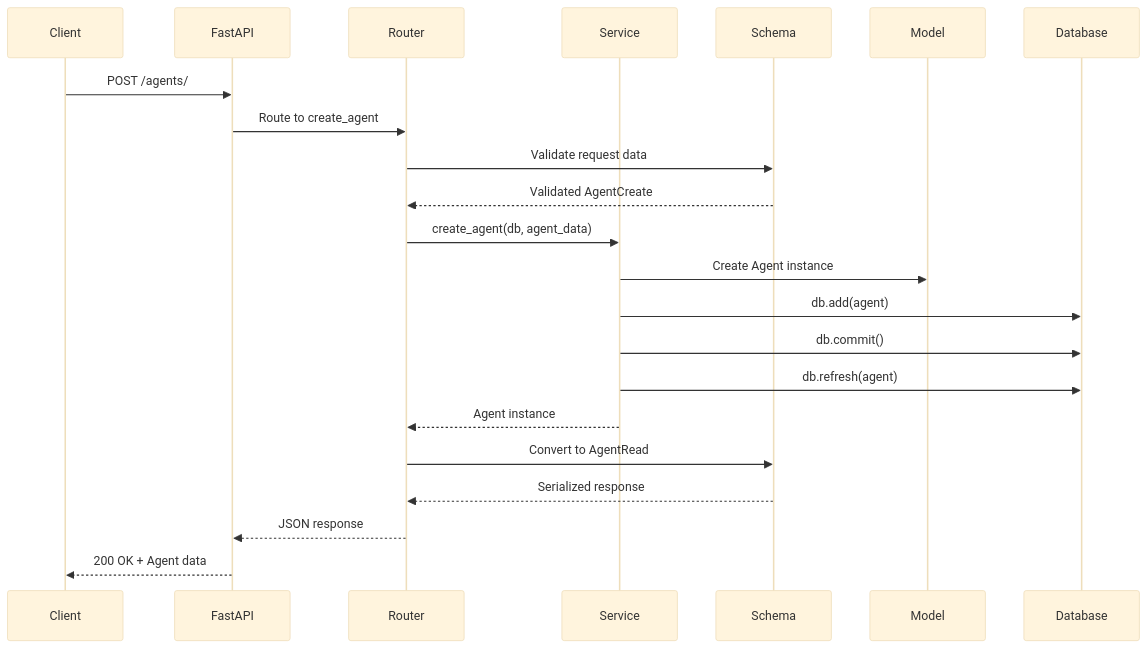
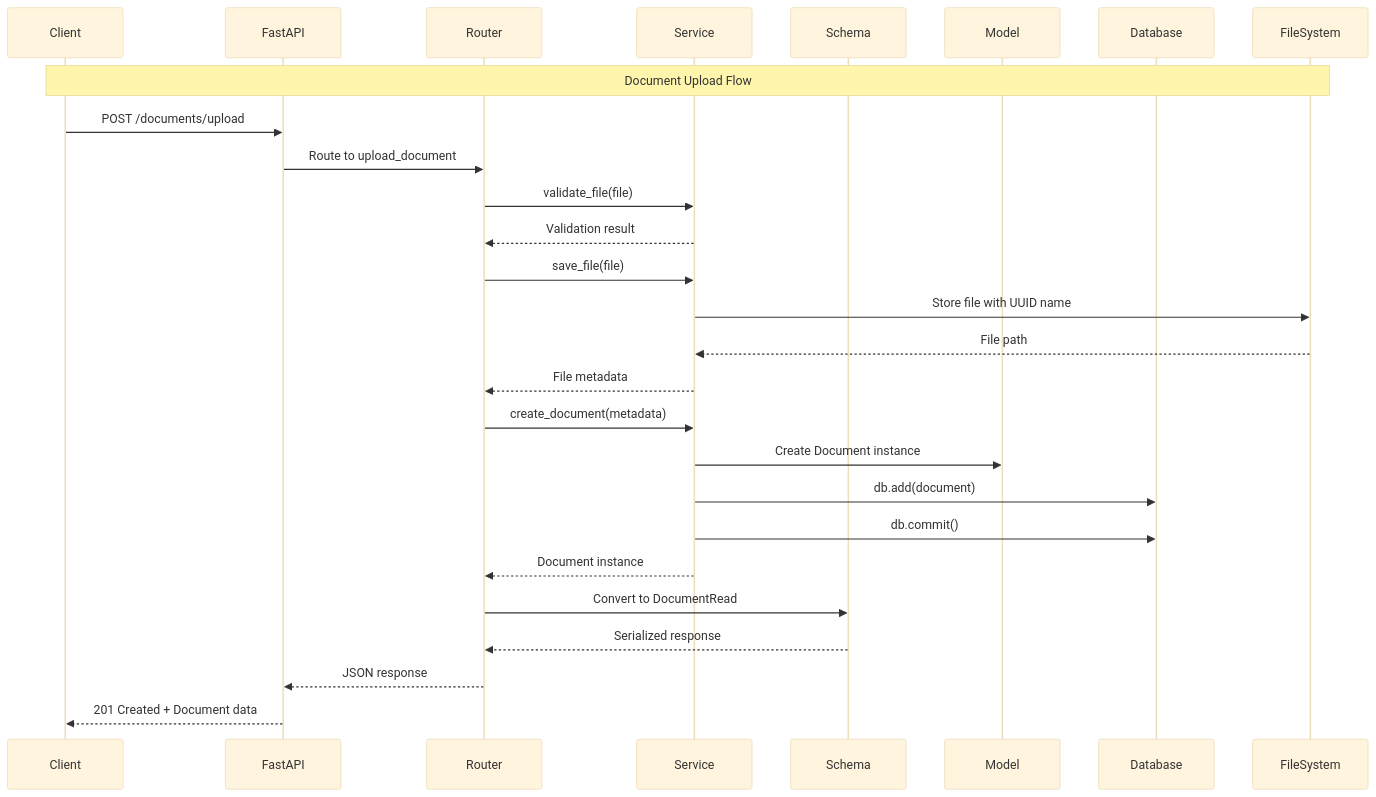
Before and after one commit to aitomatic/dana: the second of 2 diagrams in docs/reference/06_api_server_architecture.md, drawn with Mermaid (base theme). The commit also changed other lines of this file and 105 other files, not shown here.

````diff
--- a/docs/reference/06_api_server_architecture.md
+++ b/docs/reference/06_api_server_architecture.md
@@ -158,25 +204,30 @@
 ```mermaid
 sequenceDiagram
     participant Client
     participant FastAPI
     participant Router
     participant Service
     participant Schema
     participant Model
     participant Database
+    participant FileSystem
     
-    Client->>FastAPI: POST /agents/
-    FastAPI->>Router: Route to create_agent
-    Router->>Schema: Validate request data
-    Schema-->>Router: Validated AgentCreate
-    Router->>Service: create_agent(db, agent_data)
-    Service->>Model: Create Agent instance
-    Service->>Database: db.add(agent)
+    Note over Client,FileSystem: Document Upload Flow
+    Client->>FastAPI: POST /documents/upload
+    FastAPI->>Router: Route to upload_document
+    Router->>Service: validate_file(file)
+    Service-->>Router: Validation result
+    Router->>Service: save_file(file)
+    Service->>FileSystem: Store file with UUID name
+    FileSystem-->>Service: File path
+    Service-->>Router: File metadata
+    Router->>Service: create_document(metadata)
+    Service->>Model: Create Document instance
+    Service->>Database: db.add(document)
     Service->>Database: db.commit()
-    Service->>Database: db.refresh(agent)
-    Service-->>Router: Agent instance
-    Router->>Schema: Convert to AgentRead
+    Service-->>Router: Document instance
+    Router->>Schema: Convert to DocumentRead
     Schema-->>Router: Serialized response
     Router-->>FastAPI: JSON response
-    FastAPI-->>Client: 200 OK + Agent data
+    FastAPI-->>Client: 201 Created + Document data
 ```
````
